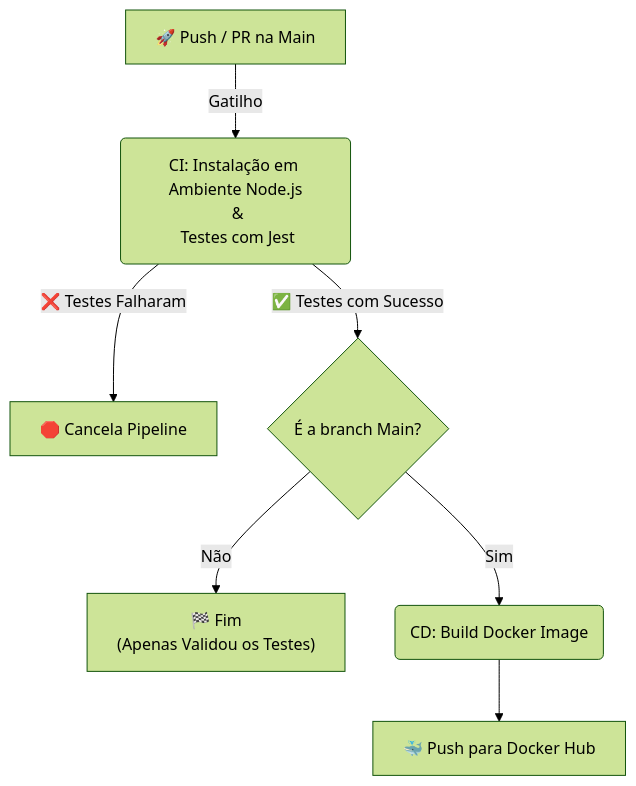
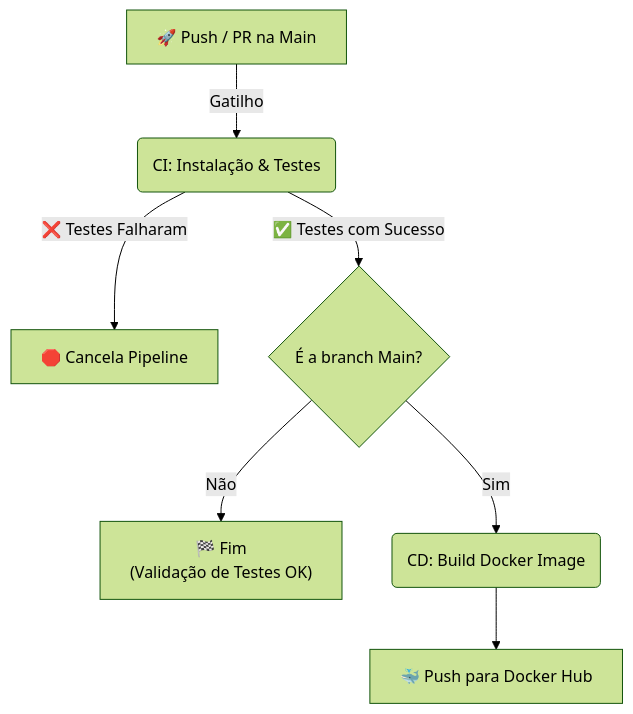
Before and after one commit to FIAPGrupo20/DiarioDeClasse: the second of 2 diagrams in README.md, drawn with Mermaid (forest theme). The commit also changed other lines of this file, not shown here.

````diff
--- a/README.md
+++ b/README.md
@@ -230,9 +212,9 @@
 ```mermaid
 graph TD
-    A["🚀 Push / PR na Main"] -->|Gatilho| B("CI: Instalação em Ambiente Node.js<br> &<br> Testes com Jest")
+    A["🚀 Push / PR na Main"] -->|Gatilho| B("CI: Instalação & Testes")
     B -->|"❌ Testes Falharam"| C["🛑 Cancela Pipeline"]
     B -->|"✅ Testes com Sucesso"| D{"É a branch Main?"}
-    D -->|"Não"| E["🏁 Fim <br>(Apenas Validou os Testes)"]
+    D -->|"Não"| E["🏁 Fim <br>(Validação de Testes OK)"]
     D -->|"Sim"| F("CD: Build Docker Image")
     F --> G["🐳 Push para Docker Hub"]
 ```
````
